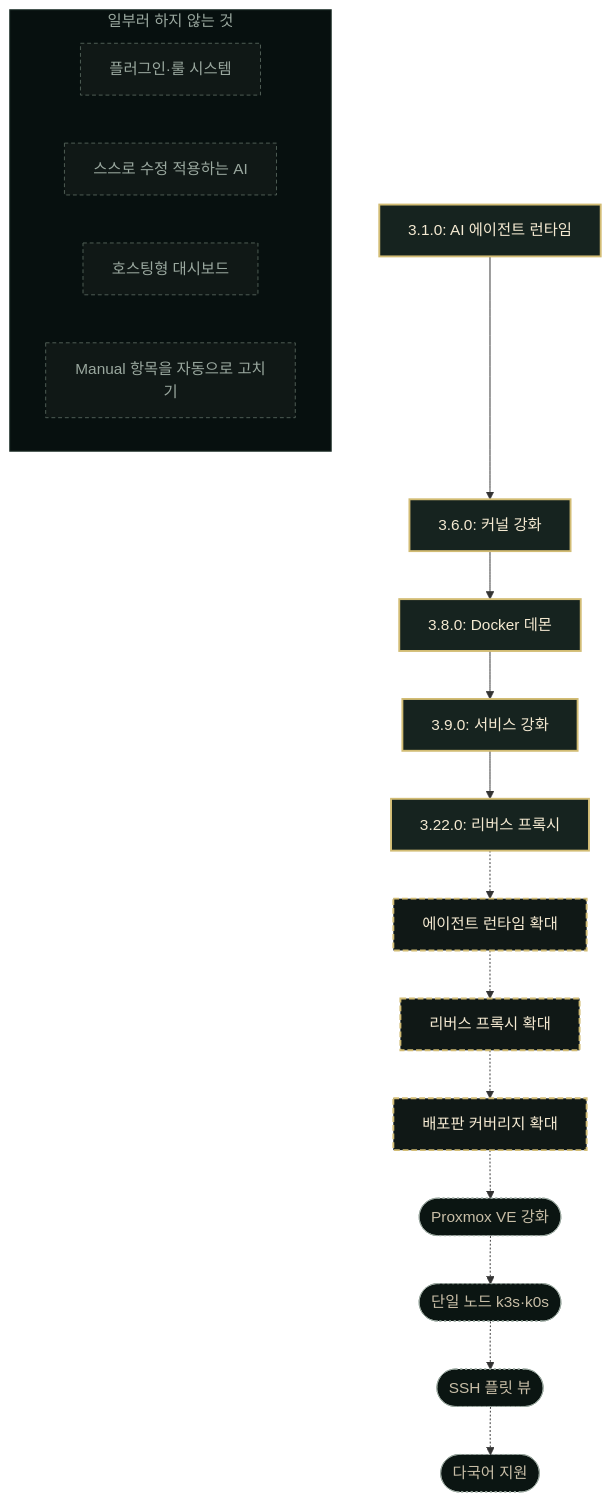
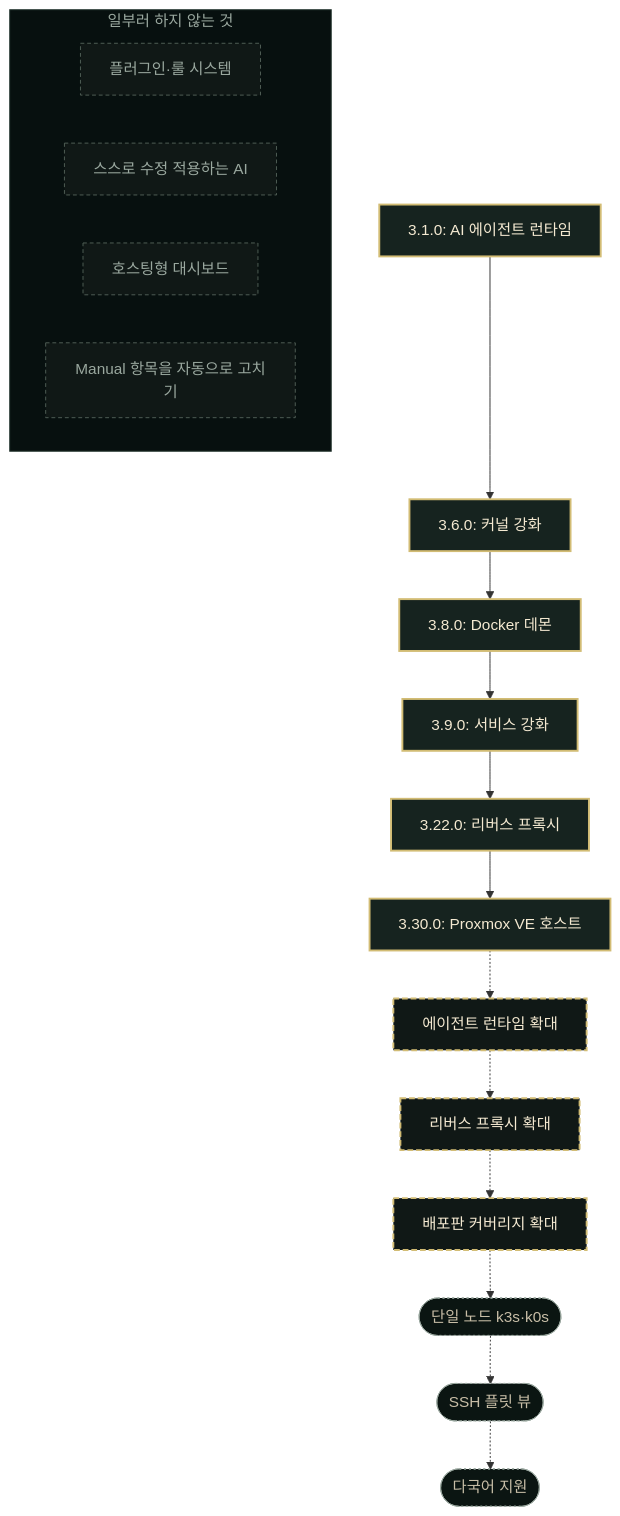
The diagram in README.ko.md (seolcu/hostveil), drawn with Mermaid before and after one commit. The commit also changed 14 other files, not shown here.

````diff
--- a/README.ko.md
+++ b/README.ko.md
@@ -373,33 +373,33 @@
 ```mermaid
 graph TD
     v1["3.1.0: AI 에이전트 런타임"] --> v2["3.6.0: 커널 강화"]
     v2 --> v3["3.8.0: Docker 데몬"]
     v3 --> v4["3.9.0: 서비스 강화"]
     v4 --> v5["3.22.0: 리버스 프록시"]
-    v5 -.-> n1["에이전트 런타임 확대"]
+    v5 --> v6["3.30.0: Proxmox VE 호스트"]
+    v6 -.-> n1["에이전트 런타임 확대"]
     n1 -.-> n2["리버스 프록시 확대"]
     n2 -.-> n3["배포판 커버리지 확대"]
-    n3 -.-> e1(["Proxmox VE 강화"])
-    e1 -.-> e2(["단일 노드 k3s·k0s"])
+    n3 -.-> e2(["단일 노드 k3s·k0s"])
     e2 -.-> e3(["SSH 플릿 뷰"])
     e3 -.-> e4(["다국어 지원"])
 
     subgraph np["일부러 하지 않는 것"]
         x1["플러그인·룰 시스템"]
         x2["스스로 수정 적용하는 AI"]
         x3["호스팅형 대시보드"]
         x4["Manual 항목을 자동으로 고치기"]
     end
 
     classDef shipped fill:#16231f,stroke:#d2bc74,stroke-width:2px,color:#f5ead2
     classDef next fill:#101816,stroke:#d2bc74,stroke-width:2px,stroke-dasharray:6 3,color:#f5ead2
     classDef exploring fill:#0b1512,stroke:#9aa89f,stroke-width:1px,stroke-dasharray:2 3,color:#c8bea7
     classDef notplanned fill:#101816,stroke:#516057,stroke-width:1px,stroke-dasharray:4 3,color:#9aa89f
     classDef npTitle fill:#07100f,stroke:#31413b,color:#9aa89f
 
-    class v1,v2,v3,v4,v5 shipped
+    class v1,v2,v3,v4,v5,v6 shipped
     class n1,n2,n3 next
-    class e1,e2,e3,e4 exploring
+    class e2,e3,e4 exploring
     class x1,x2,x3,x4 notplanned
     class np npTitle
 ```
````
